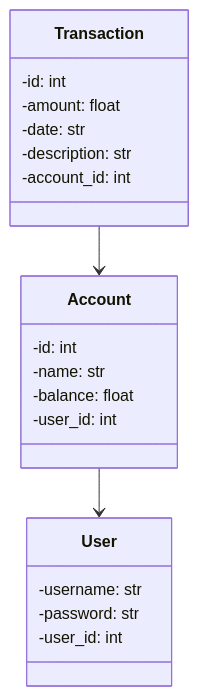
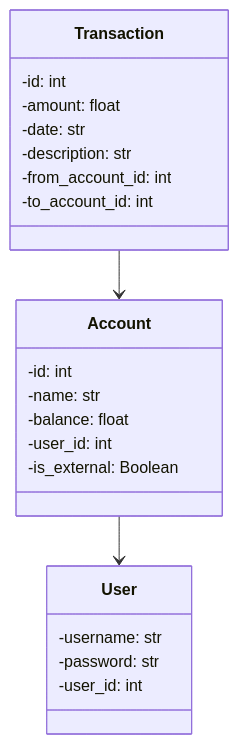
Before and after one commit to matiashei/ot-harjoitustyo: the second of 2 diagrams in dokumentaatio/arkkitehtuuri.md, drawn with Mermaid. The commit also changed other lines of this file, not shown here.

First line of the commit message:
Clarify account and transaction relationships in docs

````diff
--- a/dokumentaatio/arkkitehtuuri.md
+++ b/dokumentaatio/arkkitehtuuri.md
@@ -28,26 +28,28 @@
 ```mermaid
 classDiagram
     Account --> User
     Transaction --> Account
 
     class User {
         -username: str
         -password: str
         -user_id: int
     }
 
     class Account {
         -id: int
         -name: str
         -balance: float
         -user_id: int
+        -is_external: Boolean
     }
 
     class Transaction {
         -id: int
         -amount: float
         -date: str
         -description: str
-        -account_id: int
+        -from_account_id: int
+        -to_account_id: int
     }
 ```
````
